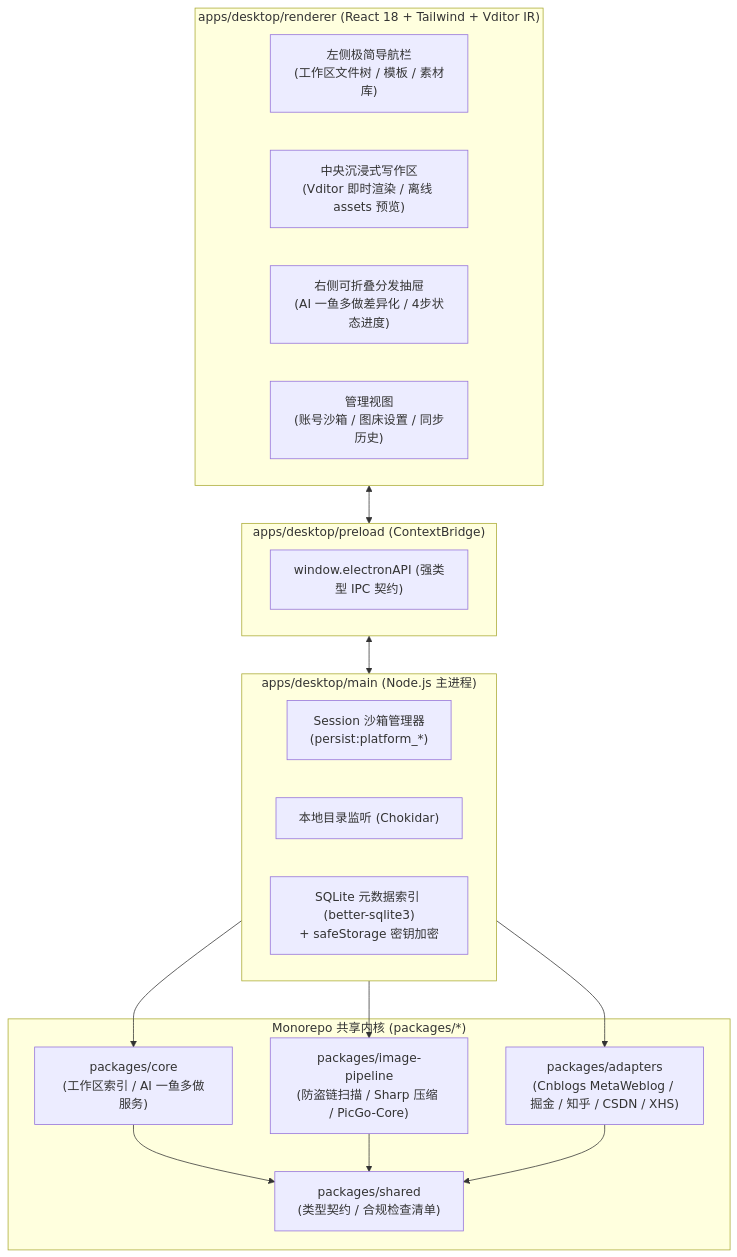
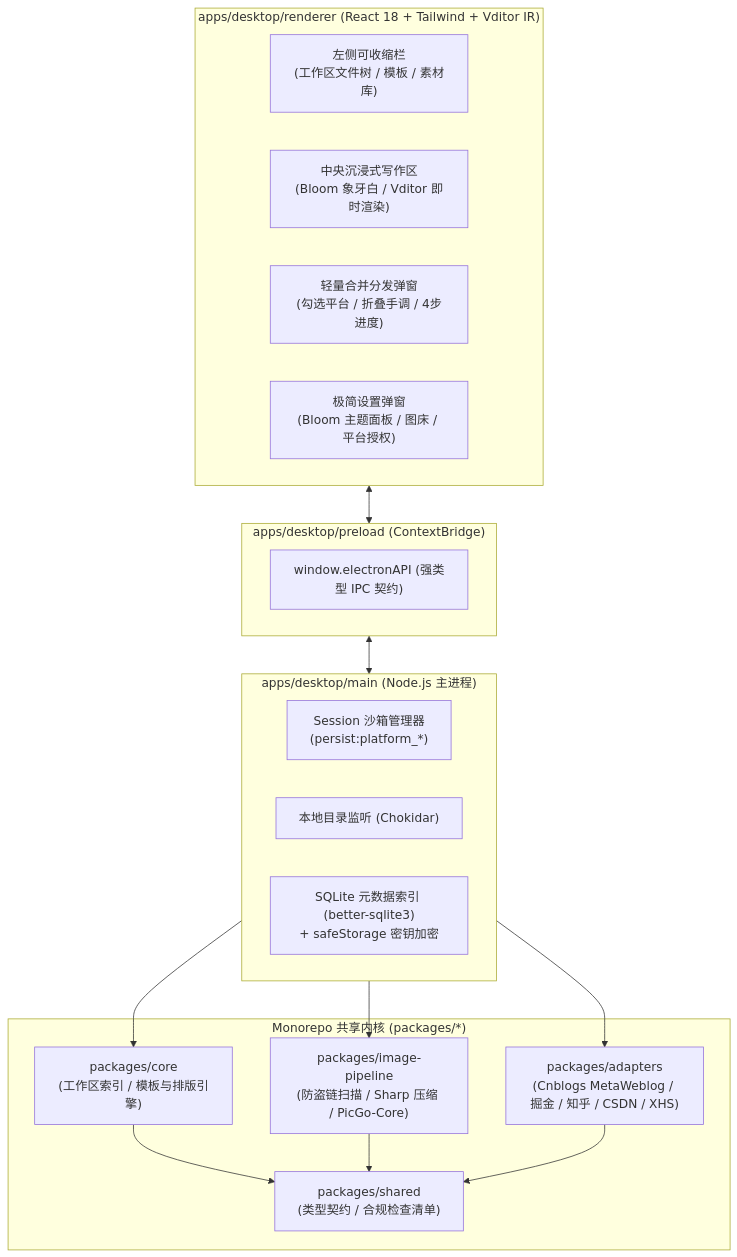
The first of 2 diagrams in docs/02-design/diagrams-and-style-guide.md (leileigwl/vmark), drawn with Mermaid before and after one commit. The commit also changed other lines of this file and 4 other files, not shown here.

````diff
--- a/docs/02-design/diagrams-and-style-guide.md
+++ b/docs/02-design/diagrams-and-style-guide.md
@@ -9,34 +9,34 @@
 ```mermaid
 flowchart TB
     subgraph Renderer["apps/desktop/renderer (React 18 + Tailwind + Vditor IR)"]
-        UI_Sidebar["左侧极简导航栏<br/>(工作区文件树 / 模板 / 素材库)"]
-        UI_Editor["中央沉浸式写作区<br/>(Vditor 即时渲染 / 离线 assets 预览)"]
-        UI_Drawer["右侧可折叠分发抽屉<br/>(AI 一鱼多做差异化 / 4步状态进度)"]
-        UI_Pages["管理视图<br/>(账号沙箱 / 图床设置 / 同步历史)"]
+        UI_Sidebar["左侧可收缩栏<br/>(工作区文件树 / 模板 / 素材库)"]
+        UI_Editor["中央沉浸式写作区<br/>(Bloom 象牙白 / Vditor 即时渲染)"]
+        UI_Drawer["轻量合并分发弹窗<br/>(勾选平台 / 折叠手调 / 4步进度)"]
+        UI_Pages["极简设置弹窗<br/>(Bloom 主题面板 / 图床 / 平台授权)"]
     end
 
     subgraph Preload["apps/desktop/preload (ContextBridge)"]
         IPC_API["window.electronAPI (强类型 IPC 契约)"]
     end
 
     subgraph Main["apps/desktop/main (Node.js 主进程)"]
         Auth_Sandbox["Session 沙箱管理器<br/>(persist:platform_*)"]
         FS_Watcher["本地目录监听 (Chokidar)"]
         DB_SQLite["SQLite 元数据索引 (better-sqlite3)<br/>+ safeStorage 密钥加密"]
     end
 
     subgraph Packages["Monorepo 共享内核 (packages/*)"]
         Pkg_Shared["packages/shared<br/>(类型契约 / 合规检查清单)"]
-        Pkg_Core["packages/core<br/>(工作区索引 / AI 一鱼多做服务)"]
+        Pkg_Core["packages/core<br/>(工作区索引 / 模板与排版引擎)"]
         Pkg_Image["packages/image-pipeline<br/>(防盗链扫描 / Sharp 压缩 / PicGo-Core)"]
         Pkg_Adapters["packages/adapters<br/>(Cnblogs MetaWeblog / 掘金 / 知乎 / CSDN / XHS)"]
     end
 
     Renderer <--> Preload <--> Main
     Main --> Pkg_Core
     Main --> Pkg_Image
     Main --> Pkg_Adapters
     Pkg_Core --> Pkg_Shared
     Pkg_Image --> Pkg_Shared
     Pkg_Adapters --> Pkg_Shared
 ```
````
